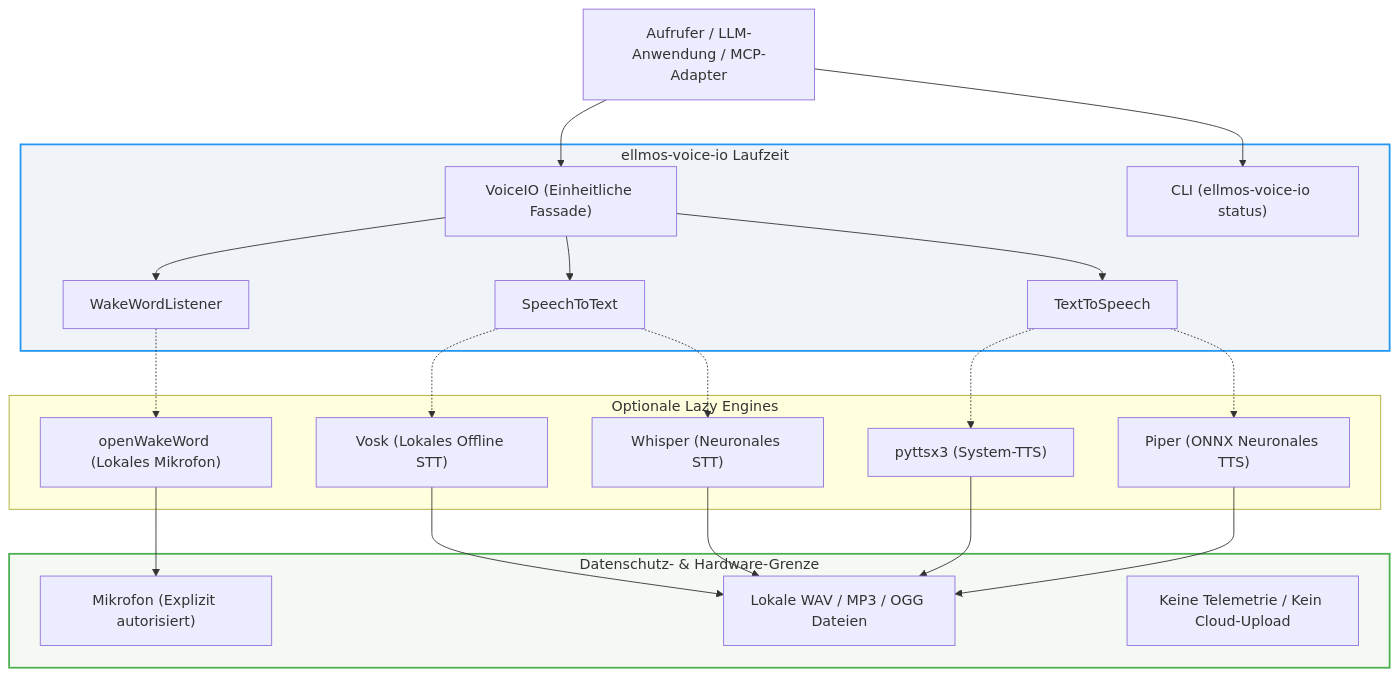
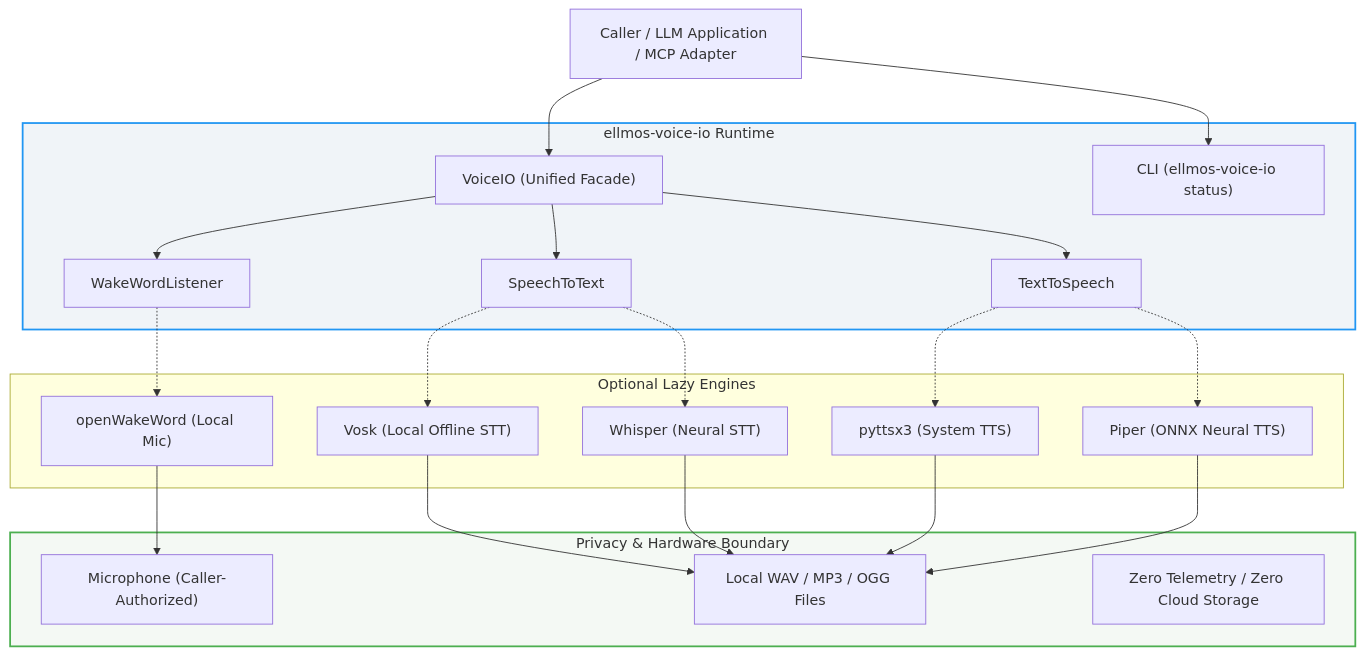
One commit to ellmos-ai/ellmos-voice-io changed the diagram in README_de.md. Above: the diagram before and after it, drawn with Mermaid. The commit also changed other lines of this file and 24 other files, not shown here.

````diff
--- a/README_de.md
+++ b/README_de.md
@@ -25,47 +29,47 @@
 ```mermaid
 graph TD
-    UserApp["Aufrufer / LLM-Anwendung / MCP-Adapter"]
+    UserApp["Caller / LLM Application / MCP Adapter"]
     
-    subgraph FacadeLayer ["ellmos-voice-io Laufzeit"]
-        VoiceIO["VoiceIO (Einheitliche Fassade)"]
+    subgraph FacadeLayer ["ellmos-voice-io Runtime"]
+        VoiceIO["VoiceIO (Unified Facade)"]
         CLI["CLI (ellmos-voice-io status)"]
         STT["SpeechToText"]
         TTS["TextToSpeech"]
         WakeWord["WakeWordListener"]
     end
     
-    subgraph OptionalEngines ["Optionale Lazy Engines"]
-        Vosk["Vosk (Lokales Offline STT)"]
-        Whisper["Whisper (Neuronales STT)"]
-        Pyttsx3["pyttsx3 (System-TTS)"]
-        Piper["Piper (ONNX Neuronales TTS)"]
-        OpenWakeWord["openWakeWord (Lokales Mikrofon)"]
+    subgraph OptionalEngines ["Optional Lazy Engines"]
+        Vosk["Vosk (Local Offline STT)"]
+        Whisper["Whisper (Neural STT)"]
+        Pyttsx3["pyttsx3 (System TTS)"]
+        Piper["Piper (ONNX Neural TTS)"]
+        OpenWakeWord["openWakeWord (Local Mic)"]
     end
     
-    subgraph PrivacyBoundary ["Datenschutz- & Hardware-Grenze"]
-        Mic["Mikrofon (Explizit autorisiert)"]
-        AudioFiles["Lokale WAV / MP3 / OGG Dateien"]
-        ZeroNet["Keine Telemetrie / Kein Cloud-Upload"]
+    subgraph PrivacyBoundary ["Privacy & Hardware Boundary"]
+        Mic["Microphone (Caller-Authorized)"]
+        AudioFiles["Local WAV / MP3 / OGG Files"]
+        ZeroNet["Zero Telemetry / Zero Cloud Storage"]
     end
 
     UserApp --> VoiceIO
     UserApp --> CLI
     VoiceIO --> STT
     VoiceIO --> TTS
     VoiceIO --> WakeWord
     
     STT -.-> Vosk
     STT -.-> Whisper
     TTS -.-> Pyttsx3
     TTS -.-> Piper
     WakeWord -.-> OpenWakeWord
     
     Vosk --> AudioFiles
     Whisper --> AudioFiles
     Pyttsx3 --> AudioFiles
     Piper --> AudioFiles
     OpenWakeWord --> Mic
     
     style PrivacyBoundary fill:#f4f9f4,stroke:#4CAF50,stroke-width:2px;
     style FacadeLayer fill:#f0f4f8,stroke:#2196F3,stroke-width:2px;
 ```
````
